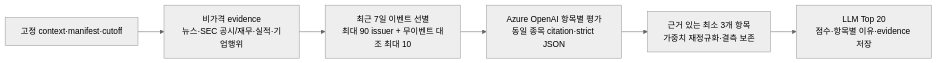
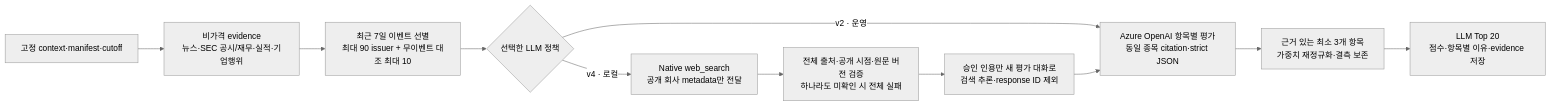
The fourth of 5 diagrams in README.md (brjeong-private/sp500-candidate-engine), drawn with Mermaid (neutral theme) before and after one commit. The commit also changed other lines of this file and 13 other files, not shown here.

Commit message:
docs: align pipeline and LLM architecture with operational state

````diff
--- a/README.md
+++ b/README.md
@@ -360,8 +384,13 @@
 ```mermaid
 flowchart LR
     Context["고정 context·manifest·cutoff"] --> Evidence["비가격 evidence<br/>뉴스·SEC 공시/재무·실적·기업행위"]
     Evidence --> Screening["최근 7일 이벤트 선별<br/>최대 90 issuer + 무이벤트 대조 최대 10"]
-    Screening --> Assessment["Azure OpenAI 항목별 평가<br/>동일 종목 citation·strict JSON"]
+    Screening --> Policy{"선택한 LLM 정책"}
+    Policy -->|"v2 · 운영"| Assessment["Azure OpenAI 항목별 평가<br/>동일 종목 citation·strict JSON"]
+    Policy -->|"v4 · 로컬"| Search["Native web_search<br/>공개 회사 metadata만 전달"]
+    Search --> Admission["전체 출처·공개 시점·원문 버전 검증<br/>하나라도 미확인 시 전체 실패"]
+    Admission --> Clean["승인 인용만 새 평가 대화로<br/>검색 추론·response ID 제외"]
+    Clean --> Assessment
     Assessment --> Score["근거 있는 최소 3개 항목<br/>가중치 재정규화·결측 보존"]
     Score --> Result["LLM Top 20<br/>점수·항목별 이유·evidence 저장"]
 ```
````
